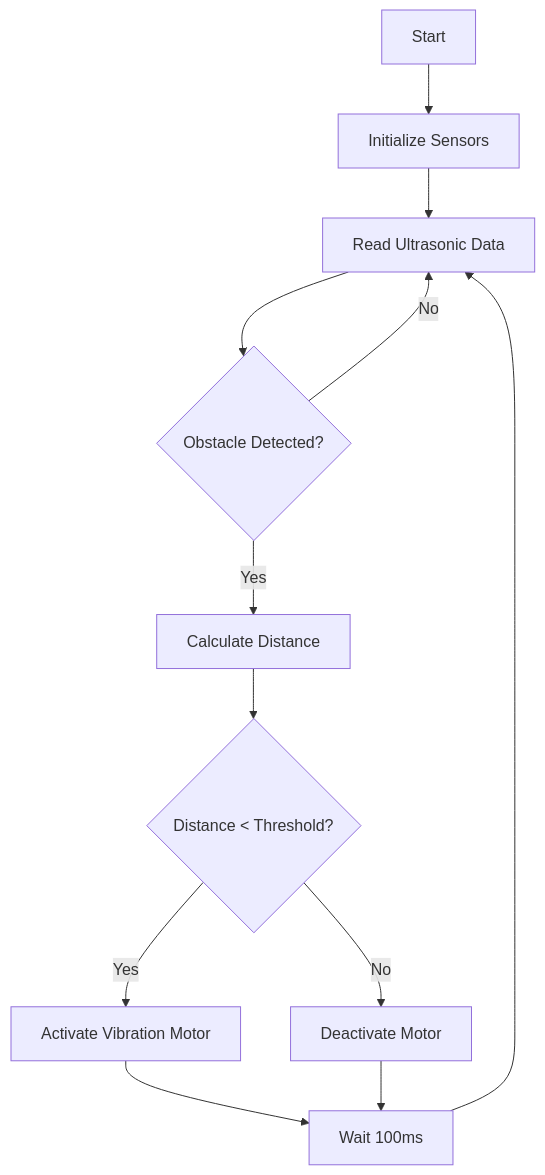
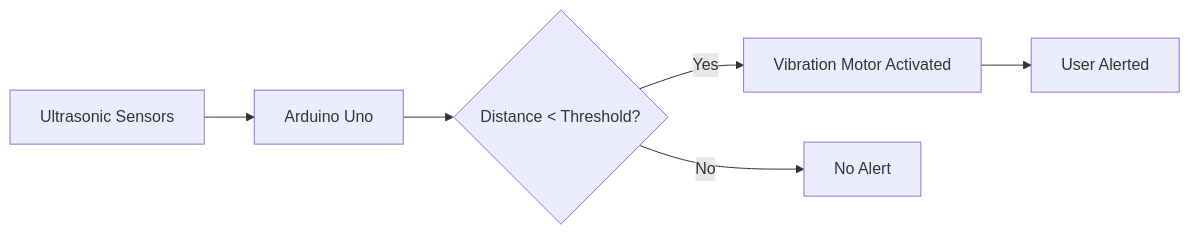
The first of 2 diagrams in README.md (Darkwebnew/DESIGN-AND-MODELLING-OF-FOOTWEAR-FOR-VISUALLY-IMPAIRED), drawn with Mermaid before and after one commit. The commit also changed other lines of this file, not shown here.

````diff
--- a/README.md
+++ b/README.md
@@ -191,14 +60,8 @@
 ```mermaid
-graph TD
-    A[Start] --> B[Initialize Sensors]
-    B --> C[Read Ultrasonic Data]
-    C --> D{Obstacle Detected?}
-    D -->|Yes| E[Calculate Distance]
-    D -->|No| C
-    E --> F{Distance < Threshold?}
-    F -->|Yes| G[Activate Vibration Motor]
-    F -->|No| H[Deactivate Motor]
-    G --> I[Wait 100ms]
-    H --> I
-    I --> C
+graph LR
+    A[Ultrasonic Sensors] --> B[Arduino Uno]
+    B --> C{Distance < Threshold?}
+    C -->|Yes| D[Vibration Motor Activated]
+    C -->|No| E[No Alert]
+    D --> F[User Alerted]
 ```
````
